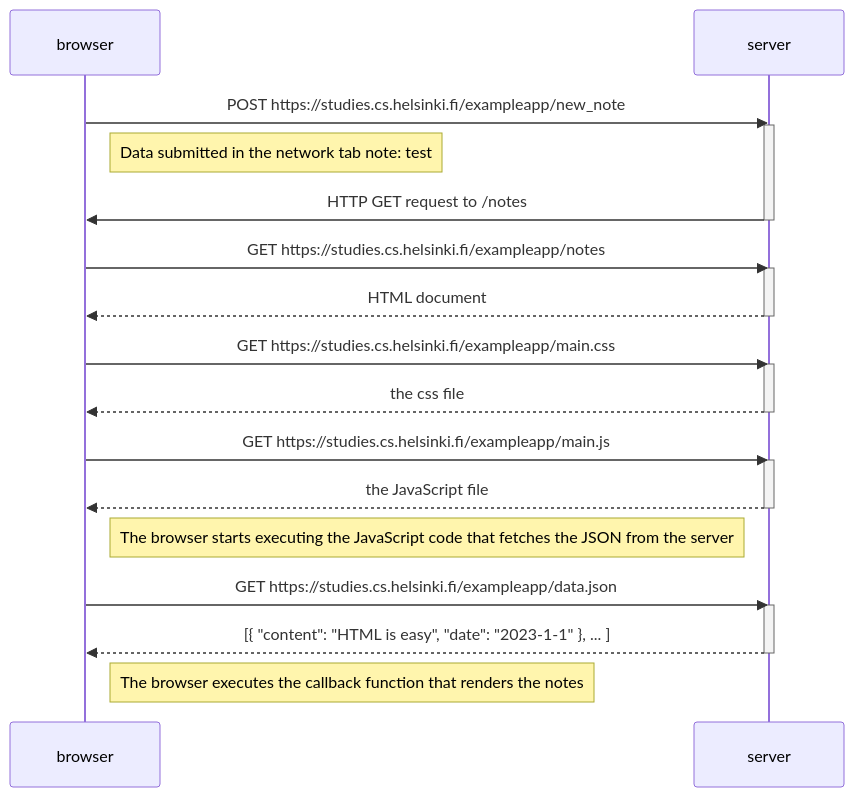
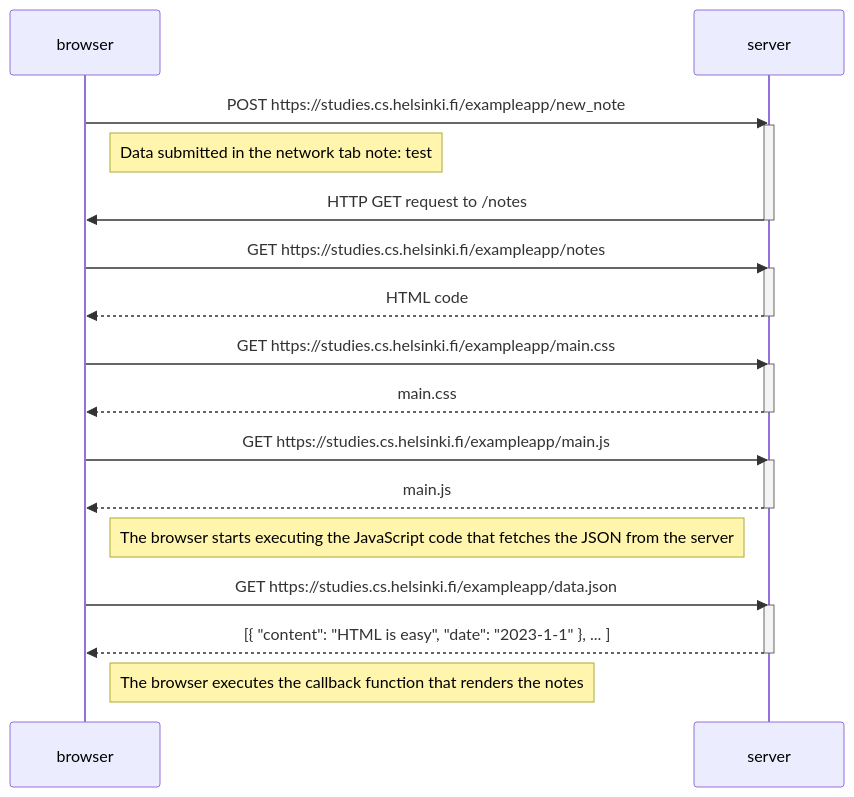
The diagram in part0/newNote.md (Pierrechapelot/subrepo), drawn with Mermaid before and after one commit.

Commit message:
last changes

````diff
--- a/part0/newNote.md
+++ b/part0/newNote.md
@@ -1,38 +1,38 @@
 ```mermaid
 sequenceDiagram
     participant browser
     participant server
 
     browser->>server: POST https://studies.cs.helsinki.fi/exampleapp/new_note
     activate server 
 
     Note right of browser : Data submitted in the network tab note: test
-    
+
     server->>browser: HTTP GET request to /notes
     deactivate server 
 
     browser->>server: GET https://studies.cs.helsinki.fi/exampleapp/notes
     activate server
-    server-->>browser: HTML document
+    server-->>browser: HTML code
     deactivate server
 
     browser->>server: GET https://studies.cs.helsinki.fi/exampleapp/main.css
     activate server
-    server-->>browser: the css file
+    server-->>browser: main.css
     deactivate server
 
     browser->>server: GET https://studies.cs.helsinki.fi/exampleapp/main.js
     activate server
-    server-->>browser: the JavaScript file
+    server-->>browser: main.js
     deactivate server
 
     Note right of browser: The browser starts executing the JavaScript code that fetches the JSON from the server
 
     browser->>server: GET https://studies.cs.helsinki.fi/exampleapp/data.json
     activate server
     server-->>browser: [{ "content": "HTML is easy", "date": "2023-1-1" }, ... ]
     deactivate server
 
     Note right of browser: The browser executes the callback function that renders the notes
 
 ```
````
